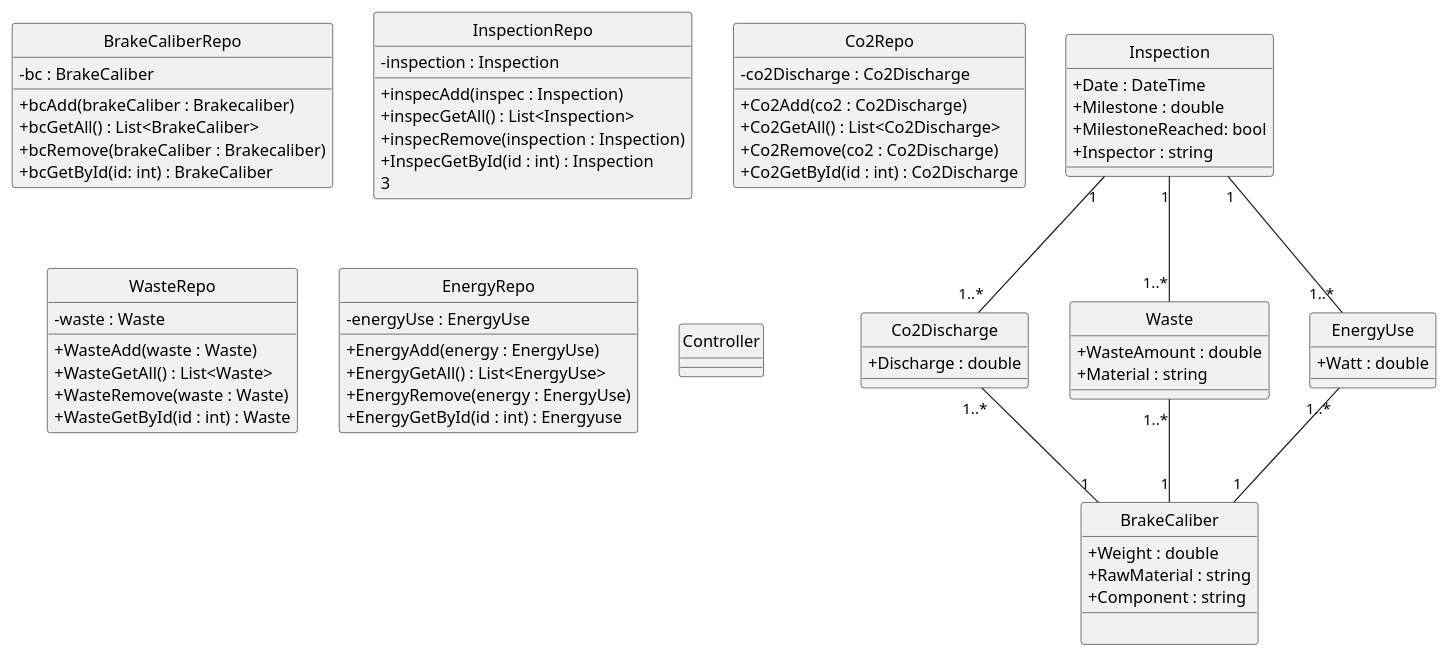
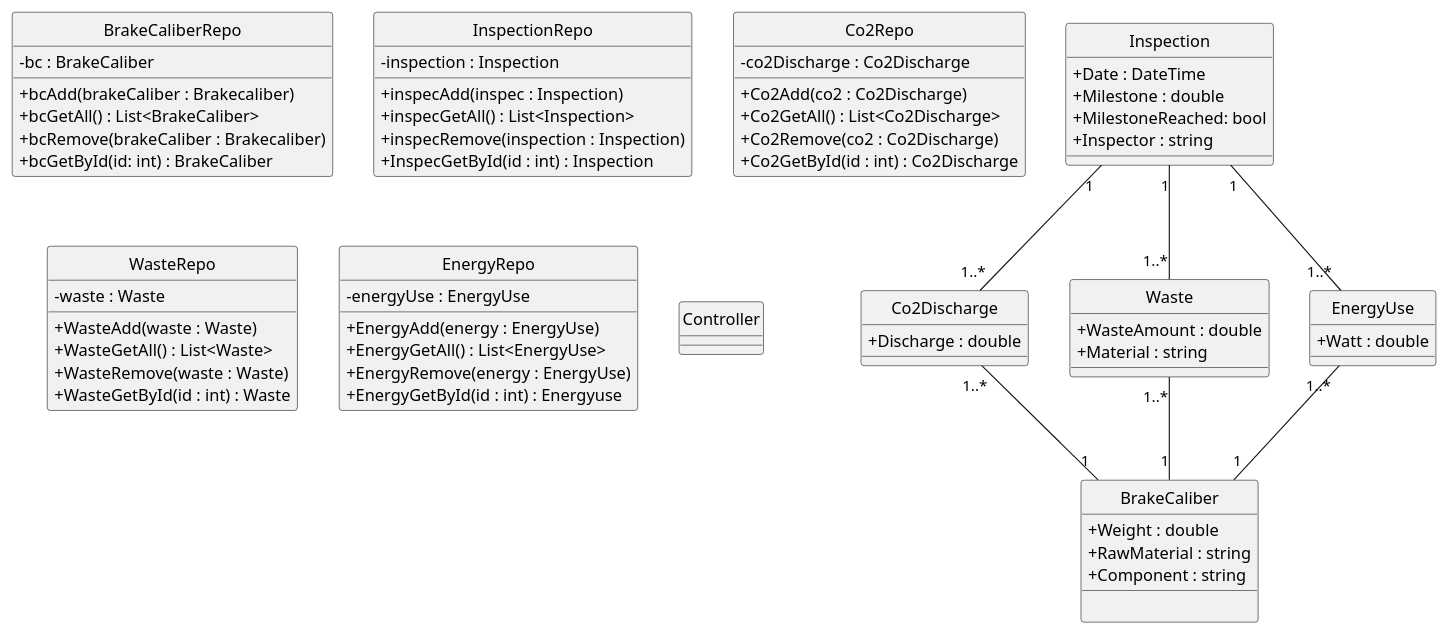
Before and after one commit to FilipMeldal/Team1A: the diagram in Budweg/Artefacts/BudwegDCD.plantuml, drawn with PlantUML. The commit also changed 1 other file, not shown here.

```diff
--- a/Budweg/Artefacts/BudwegDCD.plantuml
+++ b/Budweg/Artefacts/BudwegDCD.plantuml
@@ -1,105 +1,104 @@
 @startuml
 hide circle
 skinparam classAttributeIconSize 0
 
 Co2Discharge "1..*" -- "1" BrakeCaliber
 Waste "1..*" -- "1" BrakeCaliber
 EnergyUse "1..*" -- "1" BrakeCaliber
 Inspection "1" -- "1..*" Co2Discharge
 Inspection "1" -- "1..*" Waste
 Inspection "1" -- "1..*" EnergyUse
 
 Class BrakeCaliber
 {
     +Weight : double
     +RawMaterial : string
     +Component : string
     __
     
 }
 
 Class Co2Discharge 
 {
     +Discharge : double
 }
 
 Class Waste
 {
     +WasteAmount : double
     +Material : string
 }
 
 Class EnergyUse
 {
     +Watt : double
 }
 
 Class Inspection
 {
     +Date : DateTime
     +Milestone : double
     +MilestoneReached: bool
     +Inspector : string
 }
 
 Class BrakeCaliberRepo
 {
     - bc : BrakeCaliber
     __
     +bcAdd(brakeCaliber : Brakecaliber)
     +bcGetAll() : List<BrakeCaliber>
     +bcRemove(brakeCaliber : Brakecaliber)   
     +bcGetById(id: int) : BrakeCaliber
 }
 
 Class InspectionRepo
 {
 -inspection : Inspection
 __
 +inspecAdd(inspec : Inspection)
 +inspecGetAll() : List<Inspection>
 +inspecRemove(inspection : Inspection)
 +InspecGetById(id : int) : Inspection
-3
 }
 
 
 Class Co2Repo
 {
     -co2Discharge : Co2Discharge
 __
 +Co2Add(co2 : Co2Discharge)
 +Co2GetAll() : List<Co2Discharge>
 +Co2Remove(co2 : Co2Discharge)
 +Co2GetById(id : int) : Co2Discharge
 }
 
 Class WasteRepo
 {
     -waste : Waste
 __
 +WasteAdd(waste : Waste)
 +WasteGetAll() : List<Waste>
 +WasteRemove(waste : Waste)
 +WasteGetById(id : int) : Waste
 }
 
 Class EnergyRepo
 {
     -energyUse : EnergyUse
 __
 +EnergyAdd(energy : EnergyUse)
 +EnergyGetAll() : List<EnergyUse>
 +EnergyRemove(energy : EnergyUse)
 +EnergyGetById(id : int) : Energyuse
 }
 
 
 
 
 Class Controller
 {
 
 }
 
 @enduml
```
